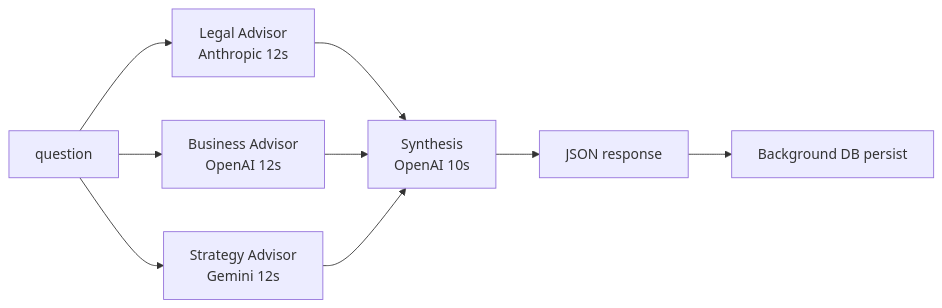
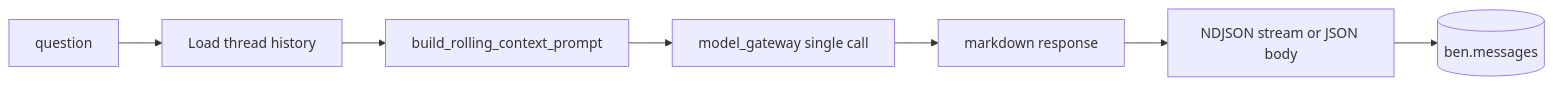
The fourth of 4 diagrams in docs/BEN_SYSTEM_MAP.md (mezuzaapp1-code/ben-v2), drawn with Mermaid before and after one commit. The commit also changed other lines of this file and 229 other files, not shown here.

````diff
--- a/docs/BEN_SYSTEM_MAP.md
+++ b/docs/BEN_SYSTEM_MAP.md
@@ -266,11 +280,9 @@
 ```mermaid
 flowchart LR
-  Q[question] --> L[Legal Advisor\nAnthropic 12s]
-  Q --> B[Business Advisor\nOpenAI 12s]
-  Q --> S[Strategy Advisor\nGemini 12s]
-  L --> Syn[Synthesis\nOpenAI 10s]
-  B --> Syn
-  S --> Syn
-  Syn --> R[JSON response]
-  R --> BG[Background DB persist]
+  Q[question] --> H[Load thread history]
+  H --> P[build_rolling_context_prompt]
+  P --> G[model_gateway single call]
+  G --> R[markdown response]
+  R --> S[NDJSON stream or JSON body]
+  S --> DB[(ben.messages)]
 ```
````
